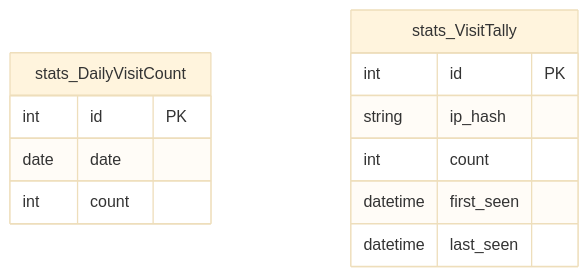
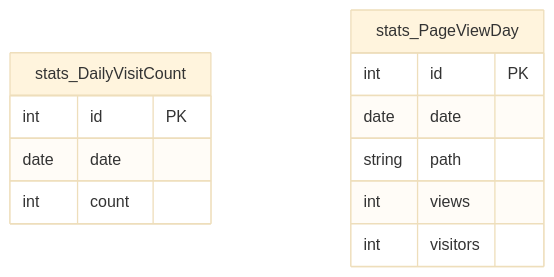
One commit to GAHK-org/gahk_intern changed diagram 18 of 18 in docs/erd.md. Above: the diagram before and after it, drawn with Mermaid (base theme). The commit also changed other lines of this file and 56 other files, not shown here.

````diff
--- a/docs/erd.md
+++ b/docs/erd.md
@@ -2196,16 +2324,16 @@
 ```mermaid
 erDiagram
     stats_DailyVisitCount {
         int id PK
         date date
         int count
     }
 
-    stats_VisitTally {
+    stats_PageViewDay {
         int id PK
-        string ip_hash
-        int count
-        datetime first_seen
-        datetime last_seen
+        date date
+        string path
+        int views
+        int visitors
     }
 ```
````
